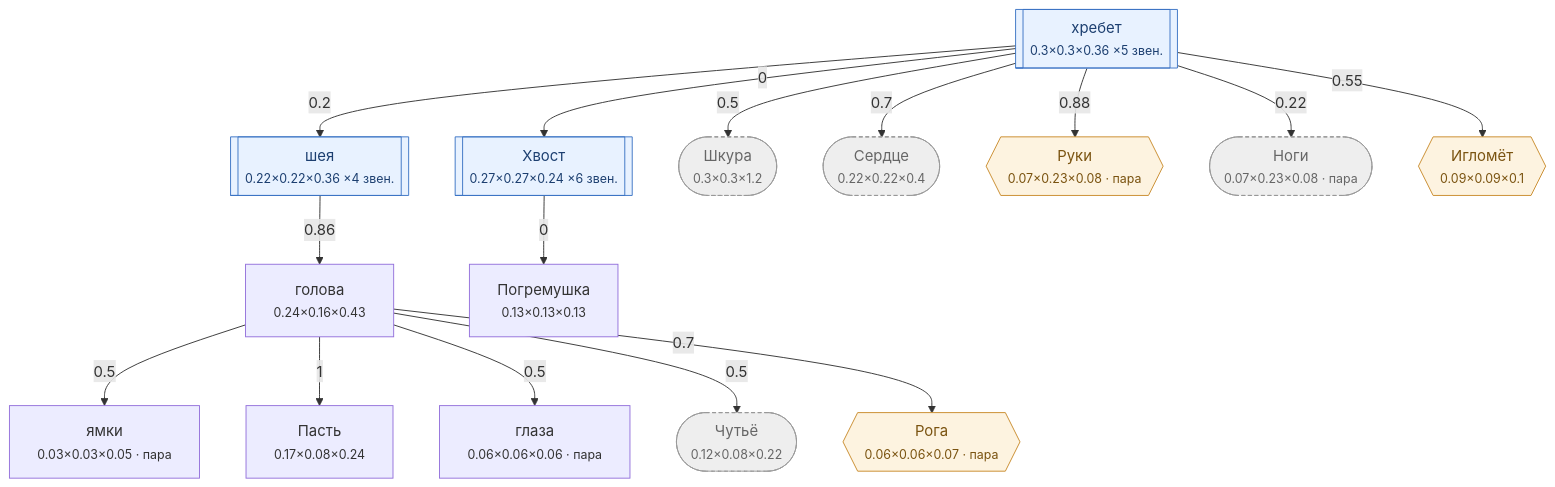
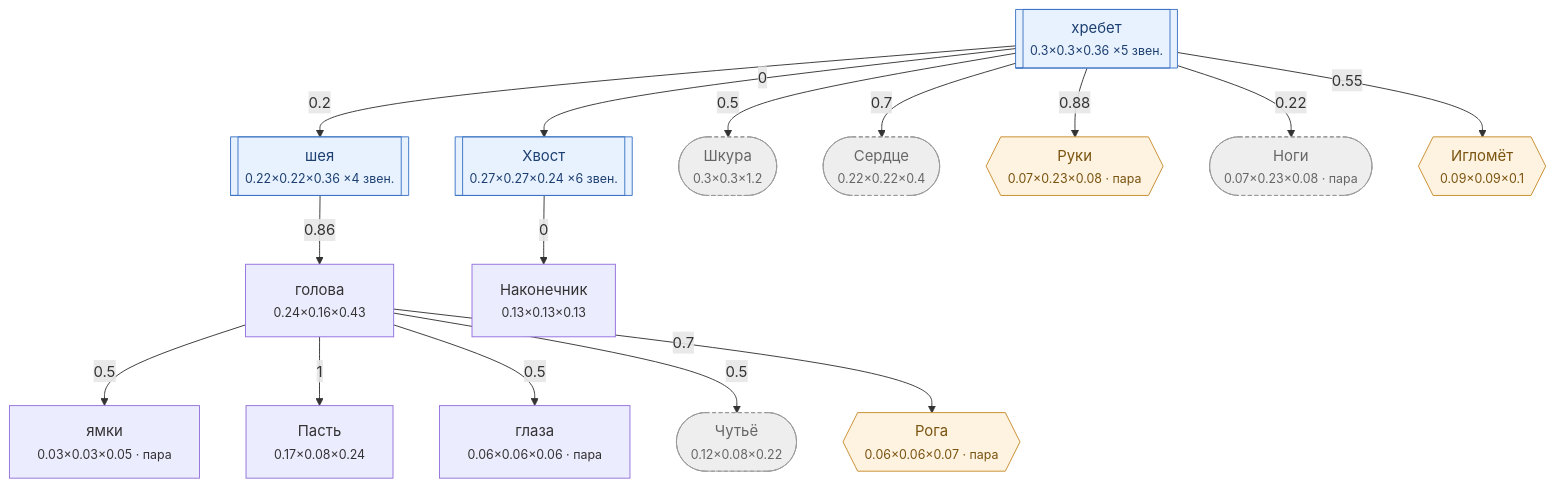
One commit to darklordshish/ChimeraEvolution-2026-06-26_15-29-59 changed the diagram in Docs/Диаграммы/Змея.md. Above: the diagram before and after it, drawn with Mermaid. The commit also changed other lines of this file and 17 other files, not shown here.

````diff
--- a/Docs/Диаграммы/Змея.md
+++ b/Docs/Диаграммы/Змея.md
@@ -51,40 +51,40 @@
 ```mermaid
 flowchart TD
     n0["ямки<br/><small>0.03×0.03×0.05 · пара</small>"]
     n1["голова<br/><small>0.24×0.16×0.43</small>"]
     n2["Пасть<br/><small>0.17×0.08×0.24</small>"]
     n3["глаза<br/><small>0.06×0.06×0.06 · пара</small>"]
     n4[["шея<br/><small>0.22×0.22×0.36 ×4 звен.</small>"]]
     n5[["хребет<br/><small>0.3×0.3×0.36 ×5 звен.</small>"]]
     n6[["Хвост<br/><small>0.27×0.27×0.24 ×6 звен.</small>"]]
-    n7["Погремушка<br/><small>0.13×0.13×0.13</small>"]
+    n7["Наконечник<br/><small>0.13×0.13×0.13</small>"]
     n8(["Шкура<br/><small>0.3×0.3×1.2</small>"])
     n9(["Сердце<br/><small>0.22×0.22×0.4</small>"])
     n10(["Чутьё<br/><small>0.12×0.08×0.22</small>"])
     n11{{"Руки<br/><small>0.07×0.23×0.08 · пара</small>"}}
     n12(["Ноги<br/><small>0.07×0.23×0.08 · пара</small>"])
     n13{{"Рога<br/><small>0.06×0.06×0.07 · пара</small>"}}
     n14{{"Игломёт<br/><small>0.09×0.09×0.1</small>"}}
 
     n1 -->|0.5| n0
     n4 -->|0.86| n1
     n1 -->|1| n2
     n1 -->|0.5| n3
     n5 -->|0.2| n4
     n5 -->|0| n6
     n6 -->|0| n7
     n5 -->|0.5| n8
     n5 -->|0.7| n9
     n1 -->|0.5| n10
     n5 -->|0.88| n11
     n5 -->|0.22| n12
     n1 -->|0.7| n13
     n5 -->|0.55| n14
 
     classDef hid fill:#eee,stroke:#999,stroke-dasharray:4 3,color:#666
     classDef gr fill:#fdf3e0,stroke:#c98a2b,color:#7a5310
     classDef ch fill:#e8f2ff,stroke:#3b74c4,color:#1c3f70
     class n8,n9,n10,n12 hid
     class n11,n13,n14 gr
     class n4,n5,n6 ch
 ```
````
